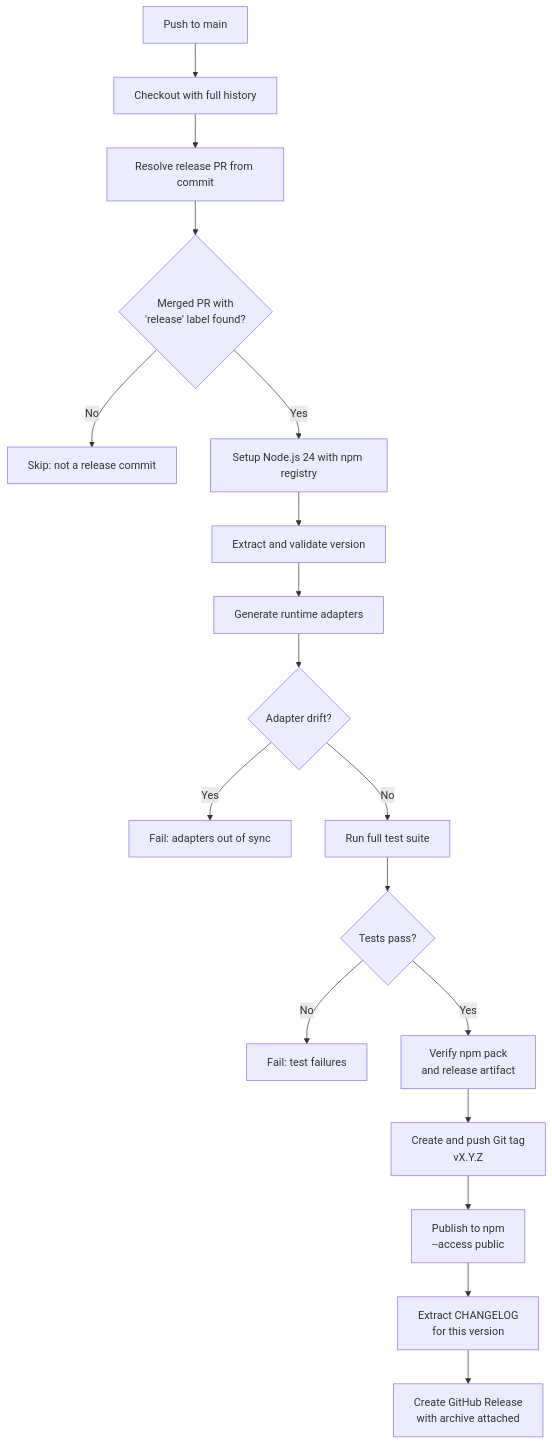
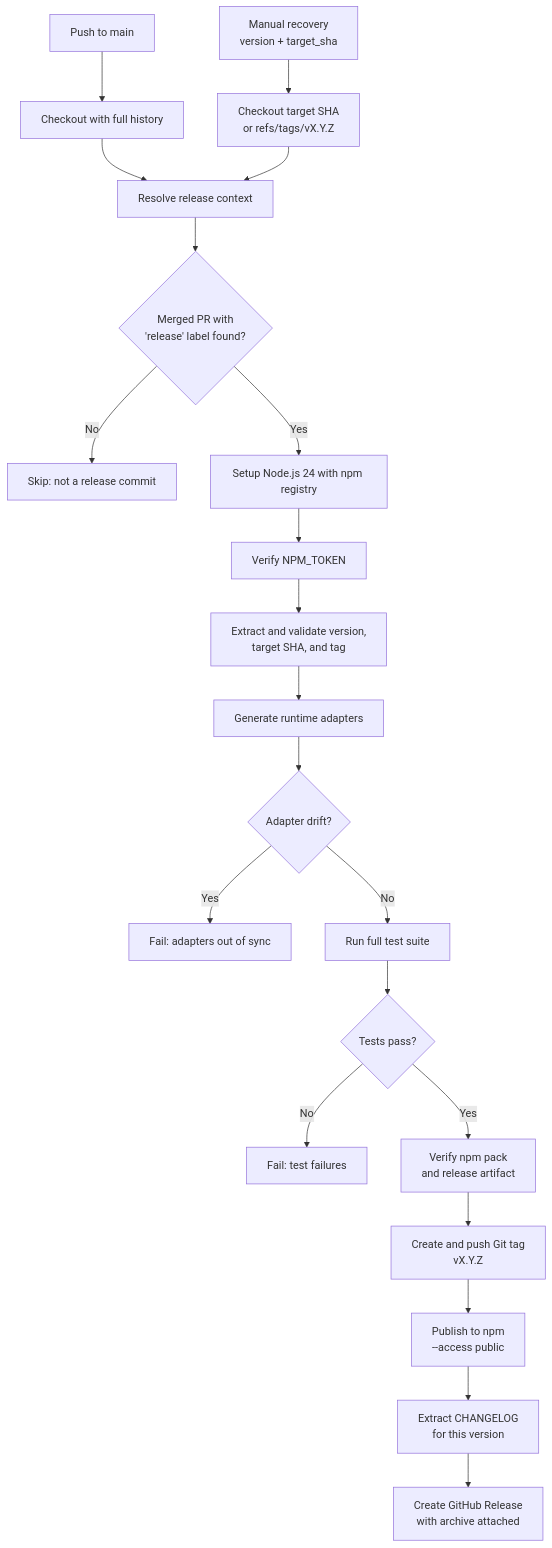
The eighth of 10 diagrams in docs/cicd.md (josstei/maestro-orchestrate), drawn with Mermaid before and after one commit. The commit also changed other lines of this file and 4 other files, not shown here.

Commit message:
fix(release): enforce stable latest dist-tag policy (#85)

````diff
--- a/docs/cicd.md
+++ b/docs/cicd.md
@@ -482,20 +483,23 @@
 ```mermaid
 graph TD
     A["Push to main"] --> B["Checkout with full history"]
-    B --> C["Resolve release PR from commit"]
+    AA["Manual recovery<br/>version + target_sha"] --> BB["Checkout target SHA<br/>or refs/tags/vX.Y.Z"]
+    B --> C["Resolve release context"]
+    BB --> C
     C --> D{"Merged PR with<br/>'release' label found?"}
     D --> |"No"| E["Skip: not a release commit"]
     D --> |"Yes"| F["Setup Node.js 24 with npm registry"]
-    F --> I["Extract and validate version"]
+    F --> G["Verify NPM_TOKEN"]
+    G --> I["Extract and validate version,<br/>target SHA, and tag"]
     I --> J["Generate runtime adapters"]
     J --> K{"Adapter drift?"}
     K --> |"Yes"| L["Fail: adapters out of sync"]
     K --> |"No"| M["Run full test suite"]
     M --> N{"Tests pass?"}
     N --> |"No"| O["Fail: test failures"]
     N --> |"Yes"| P["Verify npm pack<br/>and release artifact"]
     P --> Q["Create and push Git tag<br/>vX.Y.Z"]
     Q --> R["Publish to npm<br/>--access public"]
     R --> S["Extract CHANGELOG<br/>for this version"]
     S --> T["Create GitHub Release<br/>with archive attached"]
 ```
````
